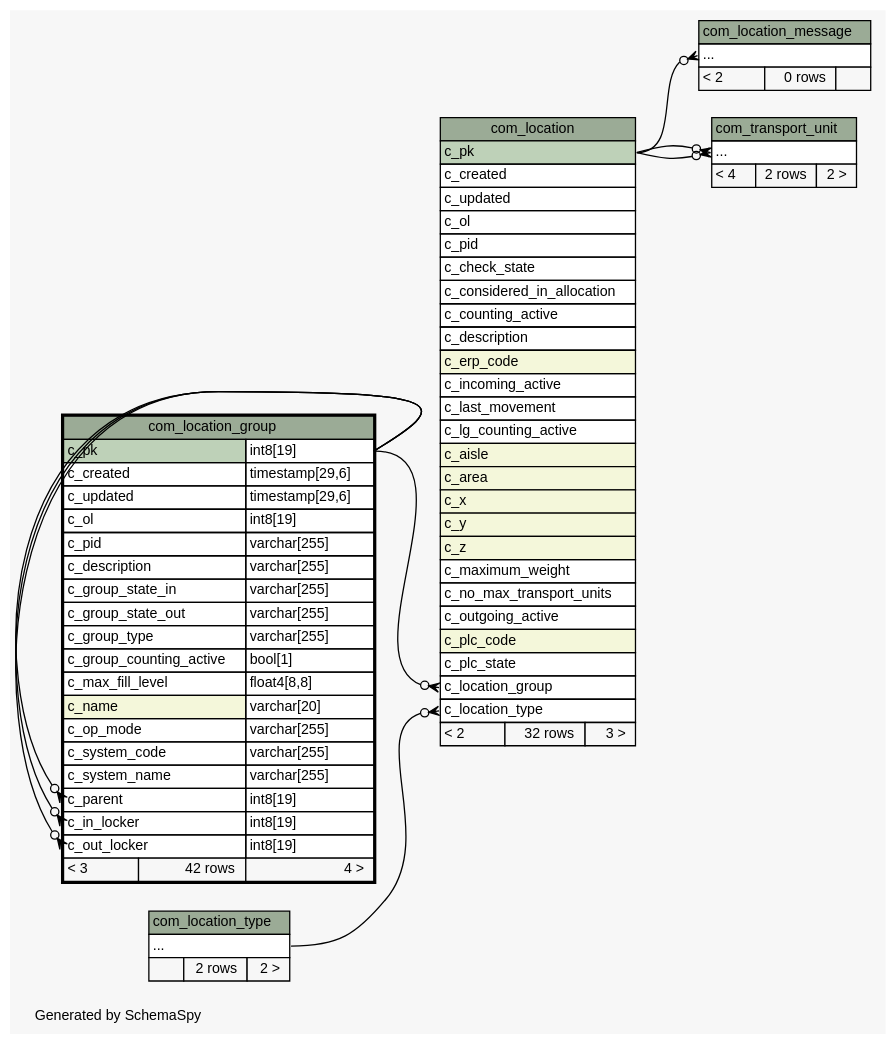
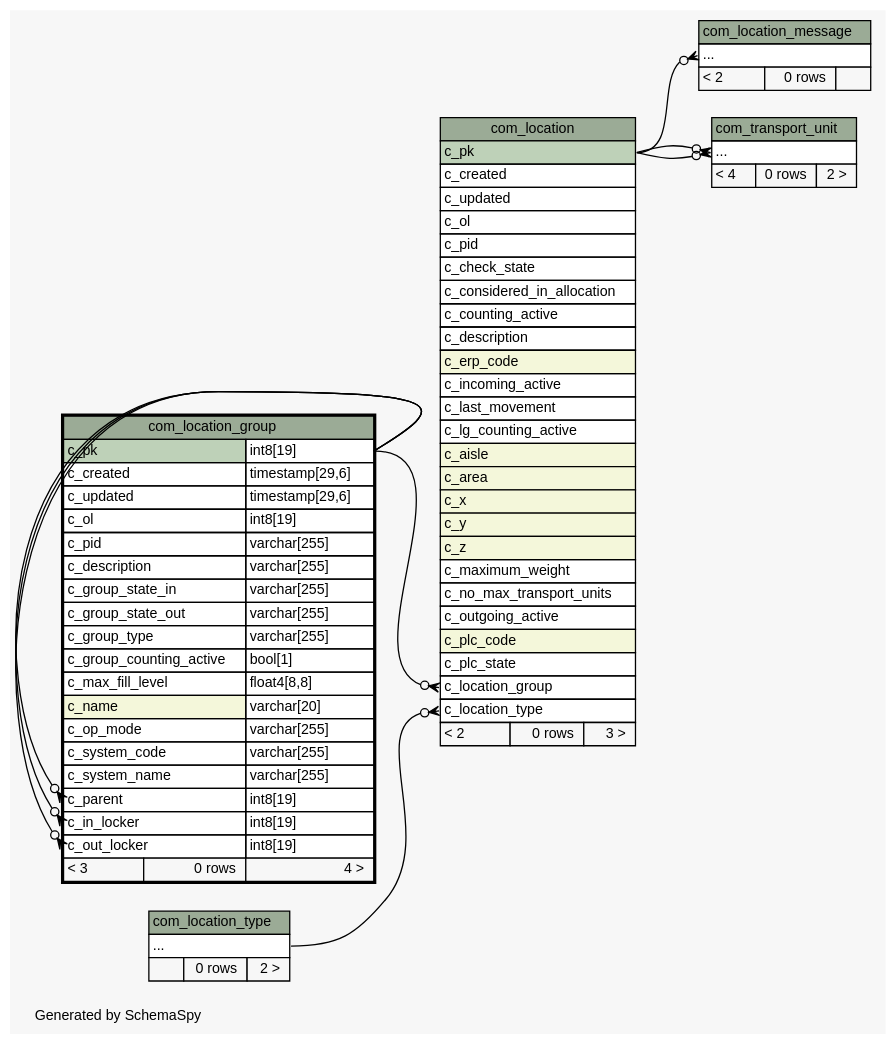
One commit to openwms/org.openwms.common.service.lib changed the diagram in schemaspy/diagrams/com_location_group.2degrees.dot. Above: the diagram before and after it, drawn with Graphviz. The commit also changed 537 other files, not shown here.

```diff
--- a/schemaspy/diagrams/com_location_group.2degrees.dot
+++ b/schemaspy/diagrams/com_location_group.2degrees.dot
@@ -1,121 +1,121 @@
-// dot 2.36.0 on Linux 4.4.0-101-generic
+// dot 2.38.0 on Linux 4.15.0-1037-gcp
 // SchemaSpy rev Unknown
 digraph "twoDegreesRelationshipsDiagram" {
   graph [
     rankdir="RL"
     bgcolor="#f7f7f7"
     label="\nGenerated by SchemaSpy"
     labeljust="l"
     nodesep="0.18"
     ranksep="0.46"
     fontname="Helvetica"
     fontsize="11"
   ];
   node [
     fontname="Helvetica"
     fontsize="11"
     shape="plaintext"
   ];
   edge [
     arrowsize="0.8"
   ];
   "com_location":"c_location_group":w -> "com_location_group":"c_pk.type":e [arrowhead=none dir=back arrowtail=crowodot];
   "com_location":"c_location_type":w -> "com_location_type":"elipses":e [arrowhead=none dir=back arrowtail=crowodot];
   "com_location_group":"c_in_locker":w -> "com_location_group":"c_pk.type":e [arrowhead=none dir=back arrowtail=crowodot];
   "com_location_group":"c_out_locker":w -> "com_location_group":"c_pk.type":e [arrowhead=none dir=back arrowtail=crowodot];
   "com_location_group":"c_parent":w -> "com_location_group":"c_pk.type":e [arrowhead=none dir=back arrowtail=crowodot];
   "com_location_message":"elipses":w -> "com_location":"c_pk":e [arrowhead=none dir=back arrowtail=crowodot];
   "com_transport_unit":"elipses":w -> "com_location":"c_pk":e [arrowhead=none dir=back arrowtail=crowodot];
   "com_transport_unit":"elipses":w -> "com_location":"c_pk":e [arrowhead=none dir=back arrowtail=crowodot];
   "com_location" [
     label=<
     <TABLE BORDER="0" CELLBORDER="1" CELLSPACING="0" BGCOLOR="#ffffff">
       <TR><TD COLSPAN="3" BGCOLOR="#9bab96" ALIGN="CENTER">com_location</TD></TR>
       <TR><TD PORT="c_pk" COLSPAN="3" BGCOLOR="#bed1b8" ALIGN="LEFT">c_pk</TD></TR>
       <TR><TD PORT="c_created" COLSPAN="3" ALIGN="LEFT">c_created</TD></TR>
       <TR><TD PORT="c_updated" COLSPAN="3" ALIGN="LEFT">c_updated</TD></TR>
       <TR><TD PORT="c_ol" COLSPAN="3" ALIGN="LEFT">c_ol</TD></TR>
       <TR><TD PORT="c_pid" COLSPAN="3" ALIGN="LEFT">c_pid</TD></TR>
       <TR><TD PORT="c_check_state" COLSPAN="3" ALIGN="LEFT">c_check_state</TD></TR>
       <TR><TD PORT="c_considered_in_allocation" COLSPAN="3" ALIGN="LEFT">c_considered_in_allocation</TD></TR>
       <TR><TD PORT="c_counting_active" COLSPAN="3" ALIGN="LEFT">c_counting_active</TD></TR>
       <TR><TD PORT="c_description" COLSPAN="3" ALIGN="LEFT">c_description</TD></TR>
       <TR><TD PORT="c_erp_code" COLSPAN="3" BGCOLOR="#f4f7da" ALIGN="LEFT">c_erp_code</TD></TR>
       <TR><TD PORT="c_incoming_active" COLSPAN="3" ALIGN="LEFT">c_incoming_active</TD></TR>
       <TR><TD PORT="c_last_movement" COLSPAN="3" ALIGN="LEFT">c_last_movement</TD></TR>
       <TR><TD PORT="c_lg_counting_active" COLSPAN="3" ALIGN="LEFT">c_lg_counting_active</TD></TR>
       <TR><TD PORT="c_aisle" COLSPAN="3" BGCOLOR="#f4f7da" ALIGN="LEFT">c_aisle</TD></TR>
       <TR><TD PORT="c_area" COLSPAN="3" BGCOLOR="#f4f7da" ALIGN="LEFT">c_area</TD></TR>
       <TR><TD PORT="c_x" COLSPAN="3" BGCOLOR="#f4f7da" ALIGN="LEFT">c_x</TD></TR>
       <TR><TD PORT="c_y" COLSPAN="3" BGCOLOR="#f4f7da" ALIGN="LEFT">c_y</TD></TR>
       <TR><TD PORT="c_z" COLSPAN="3" BGCOLOR="#f4f7da" ALIGN="LEFT">c_z</TD></TR>
       <TR><TD PORT="c_maximum_weight" COLSPAN="3" ALIGN="LEFT">c_maximum_weight</TD></TR>
       <TR><TD PORT="c_no_max_transport_units" COLSPAN="3" ALIGN="LEFT">c_no_max_transport_units</TD></TR>
       <TR><TD PORT="c_outgoing_active" COLSPAN="3" ALIGN="LEFT">c_outgoing_active</TD></TR>
       <TR><TD PORT="c_plc_code" COLSPAN="3" BGCOLOR="#f4f7da" ALIGN="LEFT">c_plc_code</TD></TR>
       <TR><TD PORT="c_plc_state" COLSPAN="3" ALIGN="LEFT">c_plc_state</TD></TR>
       <TR><TD PORT="c_location_group" COLSPAN="3" ALIGN="LEFT">c_location_group</TD></TR>
       <TR><TD PORT="c_location_type" COLSPAN="3" ALIGN="LEFT">c_location_type</TD></TR>
-      <TR><TD ALIGN="LEFT" BGCOLOR="#f7f7f7">&lt; 2</TD><TD ALIGN="RIGHT" BGCOLOR="#f7f7f7">32 rows</TD><TD ALIGN="RIGHT" BGCOLOR="#f7f7f7">3 &gt;</TD></TR>
+      <TR><TD ALIGN="LEFT" BGCOLOR="#f7f7f7">&lt; 2</TD><TD ALIGN="RIGHT" BGCOLOR="#f7f7f7">0 rows</TD><TD ALIGN="RIGHT" BGCOLOR="#f7f7f7">3 &gt;</TD></TR>
     </TABLE>>
     URL="com_location.html"
     tooltip="com_location"
   ];
   "com_location_group" [
     label=<
     <TABLE BORDER="2" CELLBORDER="1" CELLSPACING="0" BGCOLOR="#ffffff">
       <TR><TD COLSPAN="3" BGCOLOR="#9bab96" ALIGN="CENTER">com_location_group</TD></TR>
       <TR><TD PORT="c_pk" COLSPAN="2" BGCOLOR="#bed1b8" ALIGN="LEFT">c_pk</TD><TD PORT="c_pk.type" ALIGN="LEFT">int8[19]</TD></TR>
       <TR><TD PORT="c_created" COLSPAN="2" ALIGN="LEFT">c_created</TD><TD PORT="c_created.type" ALIGN="LEFT">timestamp[29,6]</TD></TR>
       <TR><TD PORT="c_updated" COLSPAN="2" ALIGN="LEFT">c_updated</TD><TD PORT="c_updated.type" ALIGN="LEFT">timestamp[29,6]</TD></TR>
       <TR><TD PORT="c_ol" COLSPAN="2" ALIGN="LEFT">c_ol</TD><TD PORT="c_ol.type" ALIGN="LEFT">int8[19]</TD></TR>
       <TR><TD PORT="c_pid" COLSPAN="2" ALIGN="LEFT">c_pid</TD><TD PORT="c_pid.type" ALIGN="LEFT">varchar[255]</TD></TR>
       <TR><TD PORT="c_description" COLSPAN="2" ALIGN="LEFT">c_description</TD><TD PORT="c_description.type" ALIGN="LEFT">varchar[255]</TD></TR>
       <TR><TD PORT="c_group_state_in" COLSPAN="2" ALIGN="LEFT">c_group_state_in</TD><TD PORT="c_group_state_in.type" ALIGN="LEFT">varchar[255]</TD></TR>
       <TR><TD PORT="c_group_state_out" COLSPAN="2" ALIGN="LEFT">c_group_state_out</TD><TD PORT="c_group_state_out.type" ALIGN="LEFT">varchar[255]</TD></TR>
       <TR><TD PORT="c_group_type" COLSPAN="2" ALIGN="LEFT">c_group_type</TD><TD PORT="c_group_type.type" ALIGN="LEFT">varchar[255]</TD></TR>
       <TR><TD PORT="c_group_counting_active" COLSPAN="2" ALIGN="LEFT">c_group_counting_active</TD><TD PORT="c_group_counting_active.type" ALIGN="LEFT">bool[1]</TD></TR>
       <TR><TD PORT="c_max_fill_level" COLSPAN="2" ALIGN="LEFT">c_max_fill_level</TD><TD PORT="c_max_fill_level.type" ALIGN="LEFT">float4[8,8]</TD></TR>
       <TR><TD PORT="c_name" COLSPAN="2" BGCOLOR="#f4f7da" ALIGN="LEFT">c_name</TD><TD PORT="c_name.type" ALIGN="LEFT">varchar[20]</TD></TR>
       <TR><TD PORT="c_op_mode" COLSPAN="2" ALIGN="LEFT">c_op_mode</TD><TD PORT="c_op_mode.type" ALIGN="LEFT">varchar[255]</TD></TR>
       <TR><TD PORT="c_system_code" COLSPAN="2" ALIGN="LEFT">c_system_code</TD><TD PORT="c_system_code.type" ALIGN="LEFT">varchar[255]</TD></TR>
       <TR><TD PORT="c_system_name" COLSPAN="2" ALIGN="LEFT">c_system_name</TD><TD PORT="c_system_name.type" ALIGN="LEFT">varchar[255]</TD></TR>
       <TR><TD PORT="c_parent" COLSPAN="2" ALIGN="LEFT">c_parent</TD><TD PORT="c_parent.type" ALIGN="LEFT">int8[19]</TD></TR>
       <TR><TD PORT="c_in_locker" COLSPAN="2" ALIGN="LEFT">c_in_locker</TD><TD PORT="c_in_locker.type" ALIGN="LEFT">int8[19]</TD></TR>
       <TR><TD PORT="c_out_locker" COLSPAN="2" ALIGN="LEFT">c_out_locker</TD><TD PORT="c_out_locker.type" ALIGN="LEFT">int8[19]</TD></TR>
-      <TR><TD ALIGN="LEFT" BGCOLOR="#f7f7f7">&lt; 3</TD><TD ALIGN="RIGHT" BGCOLOR="#f7f7f7">42 rows</TD><TD ALIGN="RIGHT" BGCOLOR="#f7f7f7">4 &gt;</TD></TR>
+      <TR><TD ALIGN="LEFT" BGCOLOR="#f7f7f7">&lt; 3</TD><TD ALIGN="RIGHT" BGCOLOR="#f7f7f7">0 rows</TD><TD ALIGN="RIGHT" BGCOLOR="#f7f7f7">4 &gt;</TD></TR>
     </TABLE>>
     URL="com_location_group.html"
     tooltip="com_location_group"
   ];
   "com_location_message" [
     label=<
     <TABLE BORDER="0" CELLBORDER="1" CELLSPACING="0" BGCOLOR="#ffffff">
       <TR><TD COLSPAN="3" BGCOLOR="#9bab96" ALIGN="CENTER">com_location_message</TD></TR>
       <TR><TD PORT="elipses" COLSPAN="3" ALIGN="LEFT">...</TD></TR>
       <TR><TD ALIGN="LEFT" BGCOLOR="#f7f7f7">&lt; 2</TD><TD ALIGN="RIGHT" BGCOLOR="#f7f7f7">0 rows</TD><TD ALIGN="RIGHT" BGCOLOR="#f7f7f7">  </TD></TR>
     </TABLE>>
     URL="com_location_message.html"
     tooltip="com_location_message"
   ];
   "com_location_type" [
     label=<
     <TABLE BORDER="0" CELLBORDER="1" CELLSPACING="0" BGCOLOR="#ffffff">
       <TR><TD COLSPAN="3" BGCOLOR="#9bab96" ALIGN="CENTER">com_location_type</TD></TR>
       <TR><TD PORT="elipses" COLSPAN="3" ALIGN="LEFT">...</TD></TR>
-      <TR><TD ALIGN="LEFT" BGCOLOR="#f7f7f7">  </TD><TD ALIGN="RIGHT" BGCOLOR="#f7f7f7">2 rows</TD><TD ALIGN="RIGHT" BGCOLOR="#f7f7f7">2 &gt;</TD></TR>
+      <TR><TD ALIGN="LEFT" BGCOLOR="#f7f7f7">  </TD><TD ALIGN="RIGHT" BGCOLOR="#f7f7f7">0 rows</TD><TD ALIGN="RIGHT" BGCOLOR="#f7f7f7">2 &gt;</TD></TR>
     </TABLE>>
     URL="com_location_type.html"
     tooltip="com_location_type"
   ];
   "com_transport_unit" [
     label=<
     <TABLE BORDER="0" CELLBORDER="1" CELLSPACING="0" BGCOLOR="#ffffff">
       <TR><TD COLSPAN="3" BGCOLOR="#9bab96" ALIGN="CENTER">com_transport_unit</TD></TR>
       <TR><TD PORT="elipses" COLSPAN="3" ALIGN="LEFT">...</TD></TR>
-      <TR><TD ALIGN="LEFT" BGCOLOR="#f7f7f7">&lt; 4</TD><TD ALIGN="RIGHT" BGCOLOR="#f7f7f7">2 rows</TD><TD ALIGN="RIGHT" BGCOLOR="#f7f7f7">2 &gt;</TD></TR>
+      <TR><TD ALIGN="LEFT" BGCOLOR="#f7f7f7">&lt; 4</TD><TD ALIGN="RIGHT" BGCOLOR="#f7f7f7">0 rows</TD><TD ALIGN="RIGHT" BGCOLOR="#f7f7f7">2 &gt;</TD></TR>
     </TABLE>>
     URL="com_transport_unit.html"
     tooltip="com_transport_unit"
   ];
 }
```
